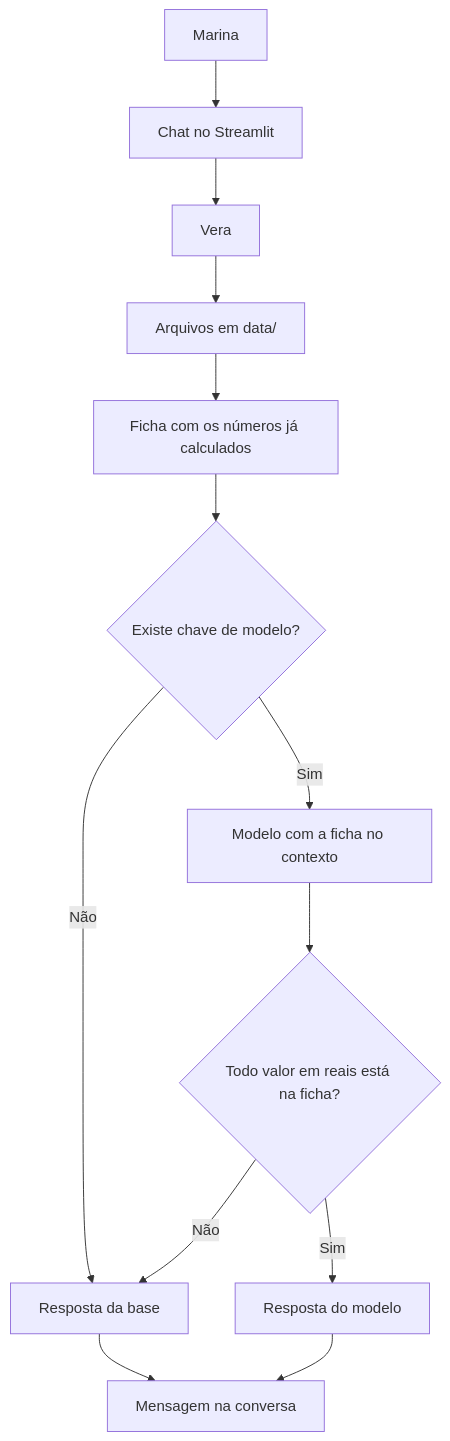
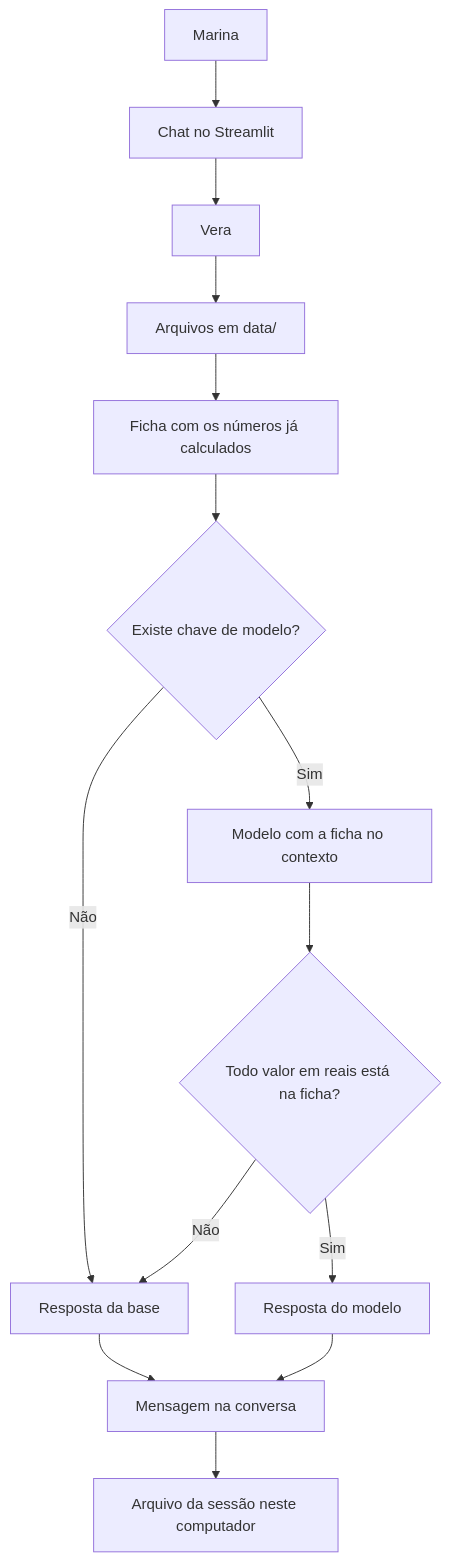
The diagram in docs/01-documentacao-agente.md (DanuzaMiranda/deteccao-fraude-cartao-credito), drawn with Mermaid before and after one commit. The commit also changed other lines of this file and 9 other files, not shown here.

````diff
--- a/docs/01-documentacao-agente.md
+++ b/docs/01-documentacao-agente.md
@@ -45,15 +45,16 @@
 ```mermaid
 flowchart TD
     A[Marina] --> B[Chat no Streamlit]
     B --> C[Vera]
     C --> D[Arquivos em data/]
     D --> E[Ficha com os números já calculados]
     E --> F{Existe chave de modelo?}
     F -->|Não| G[Resposta da base]
     F -->|Sim| H[Modelo com a ficha no contexto]
     H --> I{Todo valor em reais está na ficha?}
     I -->|Sim| J[Resposta do modelo]
     I -->|Não| G
     G --> K[Mensagem na conversa]
     J --> K
+    K --> L[Arquivo da sessão neste computador]
 ```
````
